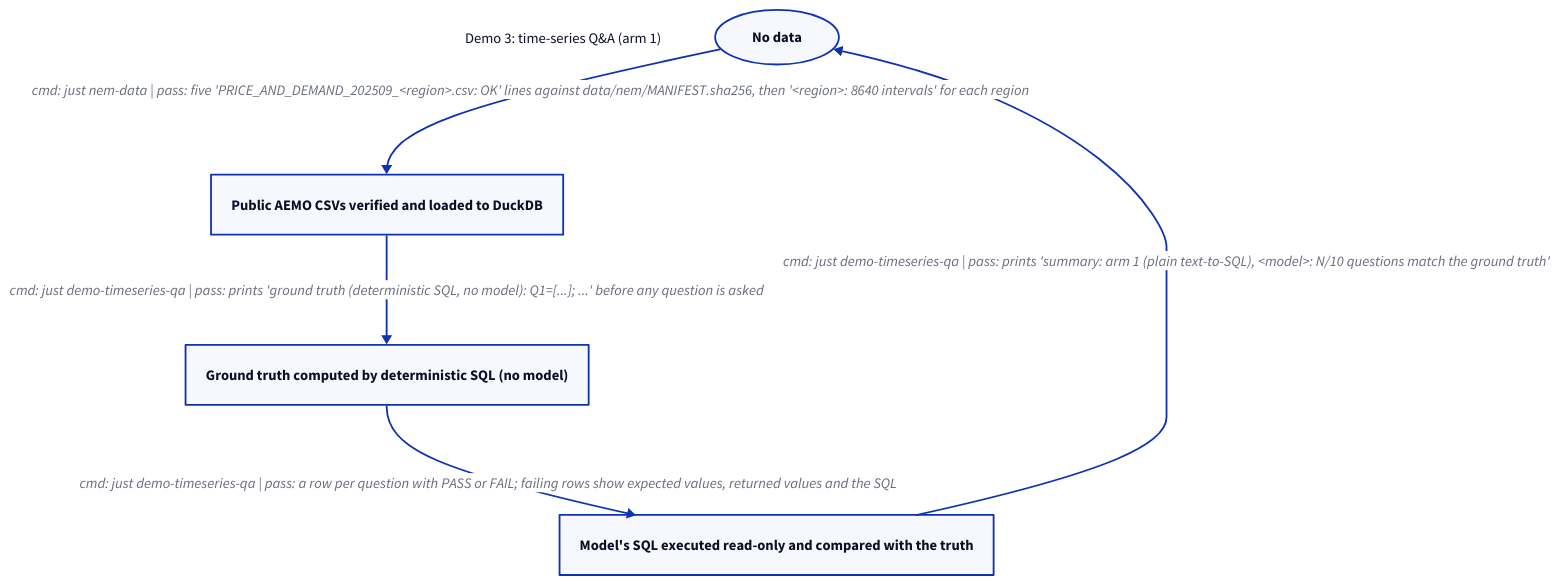
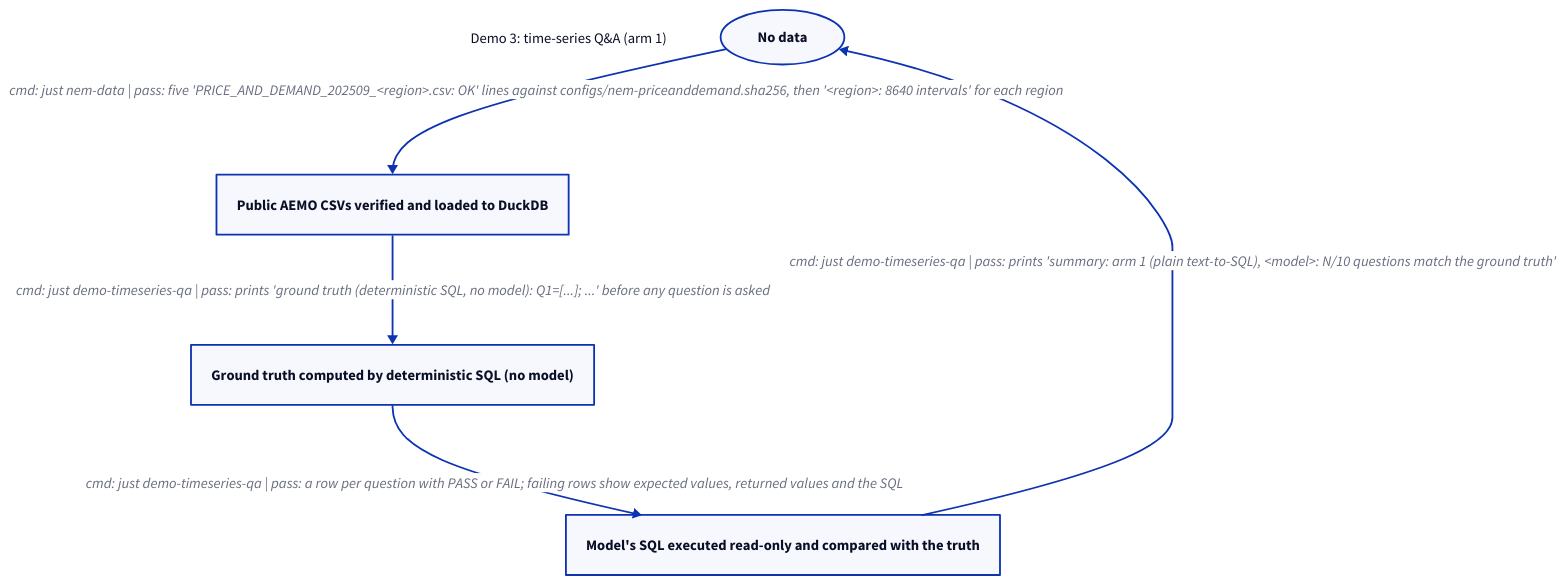
The diagram in docs/diagrams/demo-timeseries-qa.d2 (fungible-farm/wattson), drawn with D2 before and after one commit. The commit also changed 3 other files, not shown here.

First line of the commit message:
fix: keep the NEM manifest outside the manifest-governed data/ directory

```diff
--- a/docs/diagrams/demo-timeseries-qa.d2
+++ b/docs/diagrams/demo-timeseries-qa.d2
@@ -1,14 +1,14 @@
 # procedural-chart
 # State chart: demo 3, natural-language Q&A over relational time series (#100), arm 1. Data fetched and checksummed by containers; SQL runs in a no-network container.
 direction: down
 title: "Demo 3: time-series Q&A (arm 1)" {shape: text}
 
 absent: No data {shape: oval}
 loaded: Public AEMO CSVs verified and loaded to DuckDB
 truth: Ground truth computed by deterministic SQL (no model)
 scored: Model's SQL executed read-only and compared with the truth
 
-absent -> loaded: "cmd: just nem-data | pass: five 'PRICE_AND_DEMAND_202509_<region>.csv: OK' lines against data/nem/MANIFEST.sha256, then '<region>: 8640 intervals' for each region"
+absent -> loaded: "cmd: just nem-data | pass: five 'PRICE_AND_DEMAND_202509_<region>.csv: OK' lines against configs/nem-priceanddemand.sha256, then '<region>: 8640 intervals' for each region"
 loaded -> truth: "cmd: just demo-timeseries-qa | pass: prints 'ground truth (deterministic SQL, no model): Q1=[...]; ...' before any question is asked"
 truth -> scored: "cmd: just demo-timeseries-qa | pass: a row per question with PASS or FAIL; failing rows show expected values, returned values and the SQL"
 scored -> absent: "cmd: just demo-timeseries-qa | pass: prints 'summary: arm 1 (plain text-to-SQL), <model>: N/10 questions match the ground truth'"
```
